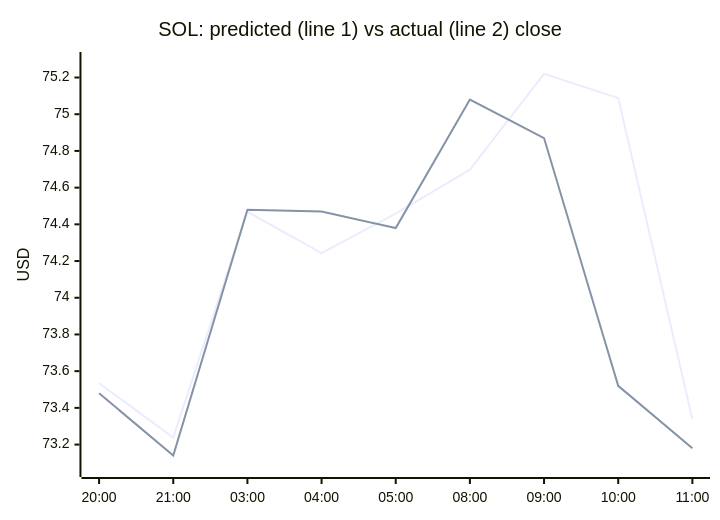
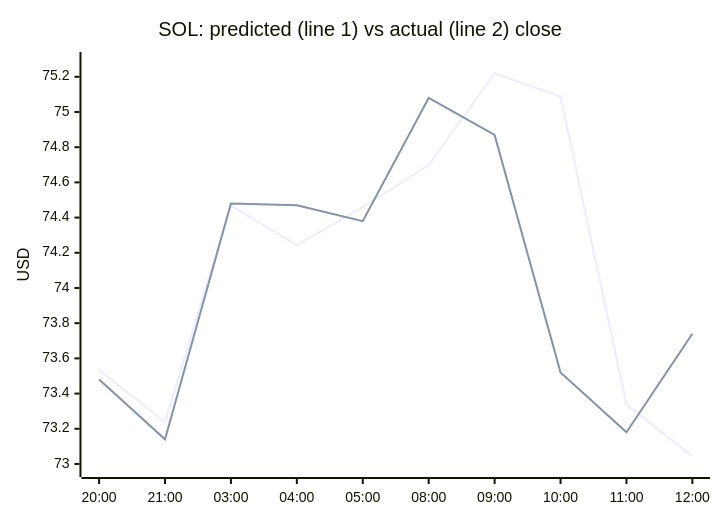
The third of 4 diagrams in README.md (samuelkreitl-wq/crypto-hourly-forecaster), drawn with Mermaid before and after one commit. The commit also changed other lines of this file and 14 other files, not shown here.

````diff
--- a/README.md
+++ b/README.md
@@ -56,8 +56,8 @@
 ```mermaid
 xychart-beta
     title "SOL: predicted (line 1) vs actual (line 2) close"
-    x-axis ["20:00", "21:00", "03:00", "04:00", "05:00", "08:00", "09:00", "10:00", "11:00"]
-    y-axis "USD" 73.0669 --> 75.2954
-    line [73.5341, 73.2381, 74.4685, 74.2437, 74.4589, 74.6981, 75.2202, 75.0883, 73.3377]
-    line [73.4800, 73.1400, 74.4800, 74.4700, 74.3800, 75.0800, 74.8700, 73.5200, 73.1800]
+    x-axis ["20:00", "21:00", "03:00", "04:00", "05:00", "08:00", "09:00", "10:00", "11:00", "12:00"]
+    y-axis "USD" 72.9714 --> 75.2954
+    line [73.5341, 73.2381, 74.4685, 74.2437, 74.4589, 74.6981, 75.2202, 75.0883, 73.3377, 73.0445]
+    line [73.4800, 73.1400, 74.4800, 74.4700, 74.3800, 75.0800, 74.8700, 73.5200, 73.1800, 73.7400]
 ```
````
